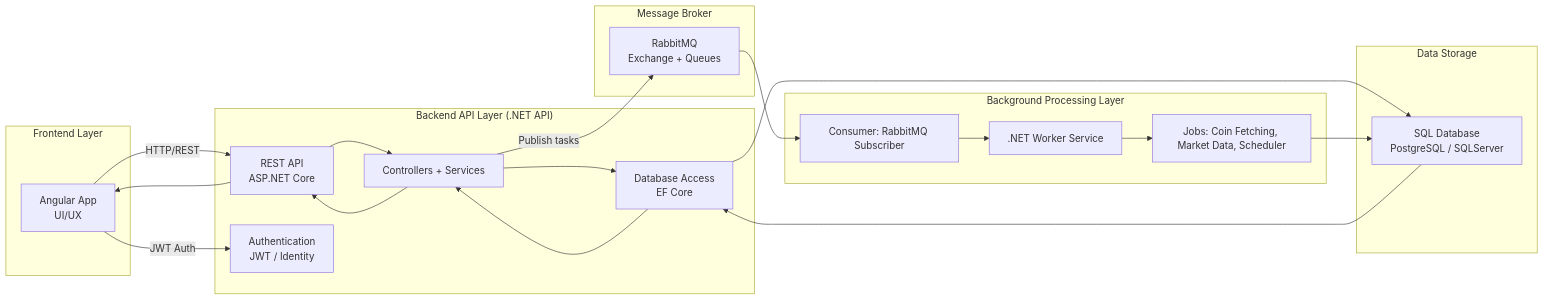
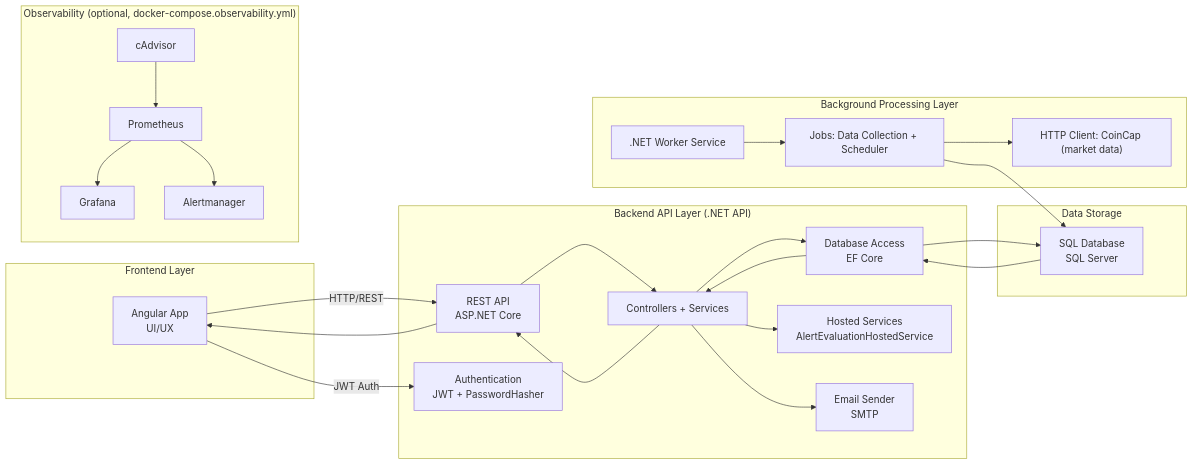
One commit to ihebKhodja/CoinUpBackend changed the diagram in docs/architecture/architecture-diagramm.mmd. Above: the diagram before and after it, drawn with Mermaid. The commit also changed 9 other files, not shown here.

Commit message:
feat: Enhance API documentation with detailed sequence diagrams for alerts, wallet operations, and watchlist management

```diff
--- a/docs/architecture/architecture-diagramm.mmd
+++ b/docs/architecture/architecture-diagramm.mmd
@@ -1,49 +1,57 @@
 flowchart LR
 
     subgraph CLIENT ["Frontend Layer"]
         A["Angular App<br/>UI/UX"]
     end
 
     subgraph API ["Backend API Layer (.NET API)"]
         B["REST API<br/>ASP.NET Core"]
-        C["Authentication<br/>JWT / Identity"]
+        C["Authentication<br/>JWT + PasswordHasher"]
         D["Controllers + Services"]
         E["Database Access<br/>EF Core"]
-    end
-
-    subgraph MESSAGE_BROKER ["Message Broker"]
-        F["RabbitMQ<br/>Exchange + Queues"]
+        K["Hosted Services<br/>AlertEvaluationHostedService"]
+        L["Email Sender<br/>SMTP"]
     end
 
     subgraph WORKER ["Background Processing Layer"]
         G[".NET Worker Service"]
-        H["Jobs: Coin Fetching, Market Data, Scheduler"]
-        I["Consumer: RabbitMQ Subscriber"]
+        H["Jobs: Data Collection + Scheduler"]
+        I["HTTP Client: CoinCap (market data)"]
     end
 
     subgraph DATA ["Data Storage"]
-        J["SQL Database<br/>PostgreSQL / SQLServer"]
+        J["SQL Database<br/>SQL Server"]
+    end
+
+    subgraph OBS ["Observability (optional, docker-compose.observability.yml)"]
+        P["cAdvisor"]
+        Q["Prometheus"]
+        R["Grafana"]
+        S["Alertmanager"]
     end
 
     %% Client → API
     A -->|HTTP/REST| B
     A -->|JWT Auth| C
 
     %% API internal
     B --> D
     D --> E
     E --> J
+    D --> K
+    D --> L
 
-    %% API triggers worker via messages
-    D -->|Publish tasks| F
-
-    %% Worker consumes from RabbitMQ
-    F --> I
-    I --> G
+    %% Worker scheduling + data collection
     G --> H
+    H --> I
 
     %% Worker updates DB
     H --> J
 
+    %% Observability stack
+    Q --> R
+    Q --> S
+    P --> Q
+
     %% API reads updated DB for Angular
     J --> E --> D --> B --> A
```
